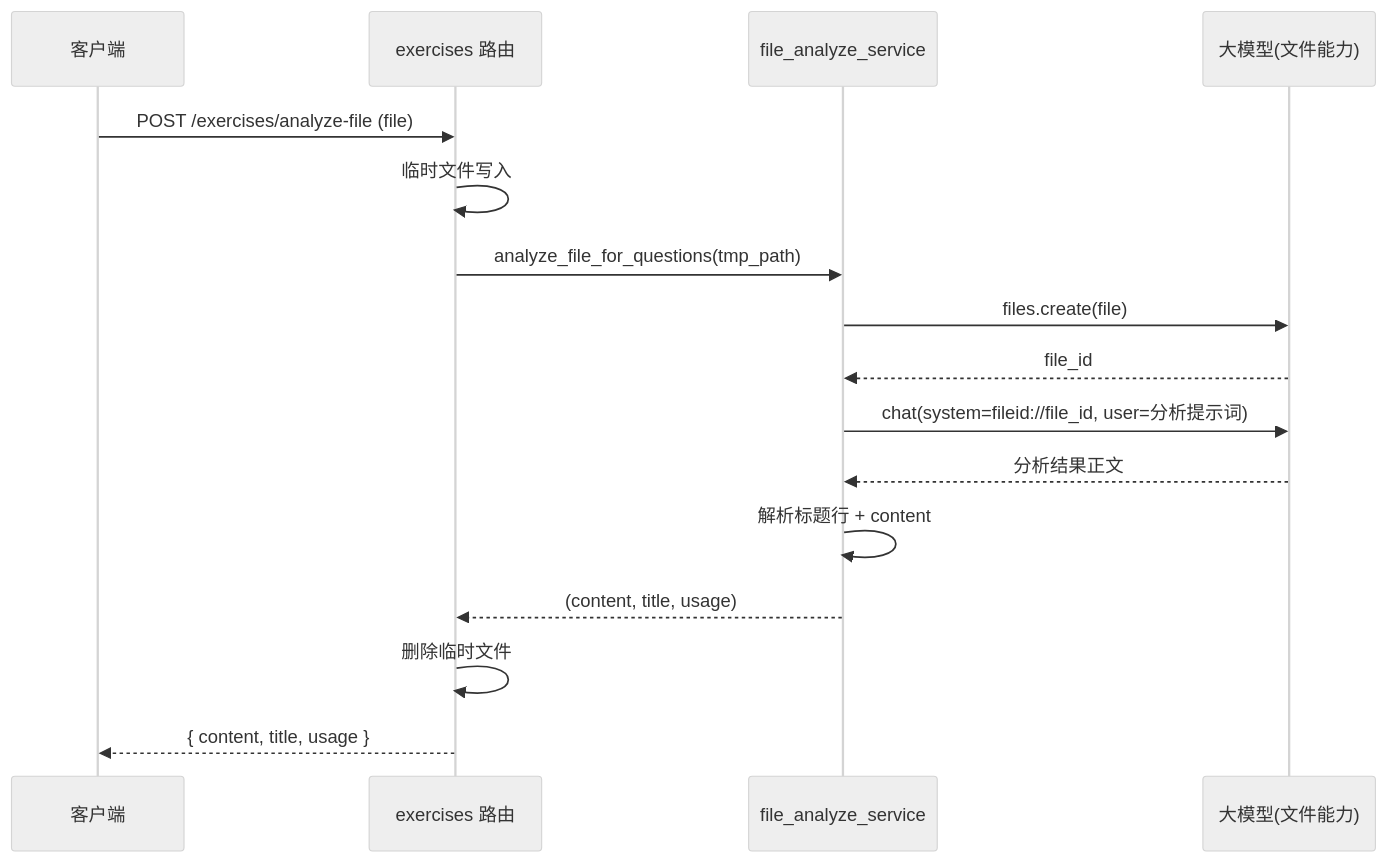
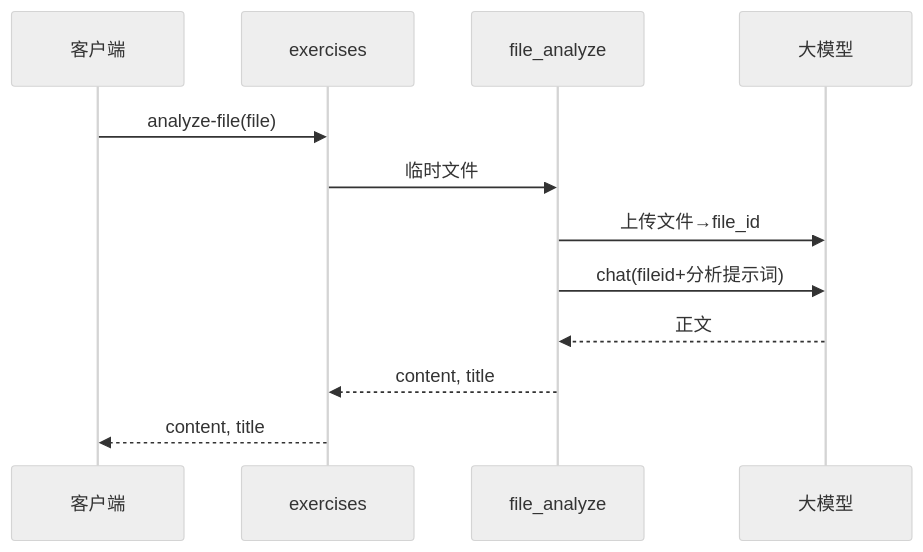
The eighth of 9 diagrams in docs/architecture.md (lazy233/lumist_examAgent_backend), drawn with Mermaid (neutral theme) before and after one commit. The commit also changed other lines of this file, not shown here.

Commit message:
docs: 浓缩架构文档中的 Mermaid 图

````diff
--- a/docs/architecture.md
+++ b/docs/architecture.md
@@ -378,19 +226,14 @@
 ```mermaid
 sequenceDiagram
     participant C as 客户端
-    participant API as exercises 路由
-    participant FileAnalyze as file_analyze_service
-    participant DashScope as 大模型(文件能力)
-
-    C->>API: POST /exercises/analyze-file (file)
-    API->>API: 临时文件写入
-    API->>FileAnalyze: analyze_file_for_questions(tmp_path)
-    FileAnalyze->>DashScope: files.create(file)
-    DashScope-->>FileAnalyze: file_id
-    FileAnalyze->>DashScope: chat(system=fileid://file_id, user=分析提示词)
-    DashScope-->>FileAnalyze: 分析结果正文
-    FileAnalyze->>FileAnalyze: 解析标题行 + content
-    FileAnalyze-->>API: (content, title, usage)
-    API->>API: 删除临时文件
-    API-->>C: { content, title, usage }
+    participant API as exercises
+    participant Svc as file_analyze
+    participant LLM as 大模型
+    C->>API: analyze-file(file)
+    API->>Svc: 临时文件
+    Svc->>LLM: 上传文件→file_id
+    Svc->>LLM: chat(fileid+分析提示词)
+    LLM-->>Svc: 正文
+    Svc-->>API: content, title
+    API-->>C: content, title
 ```
````
